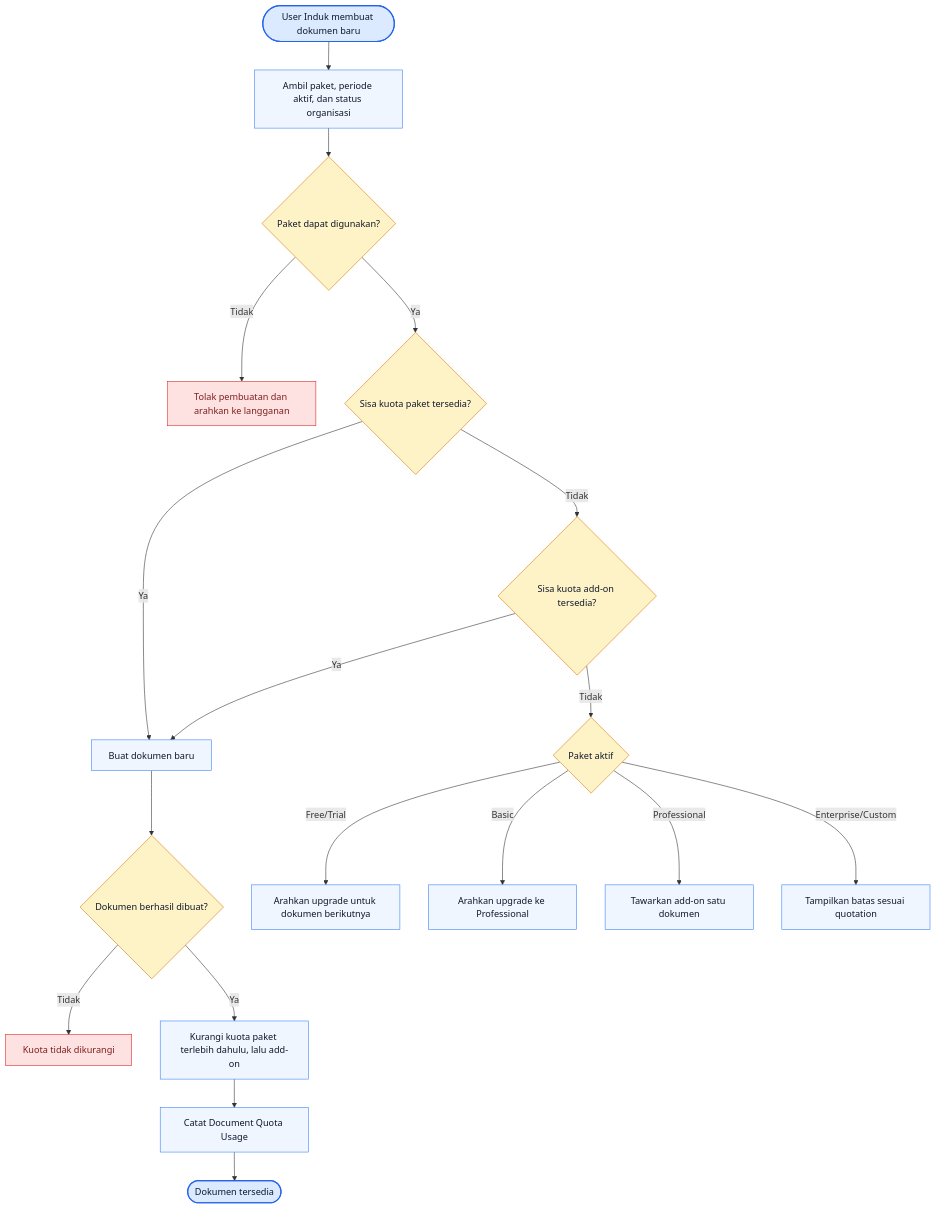
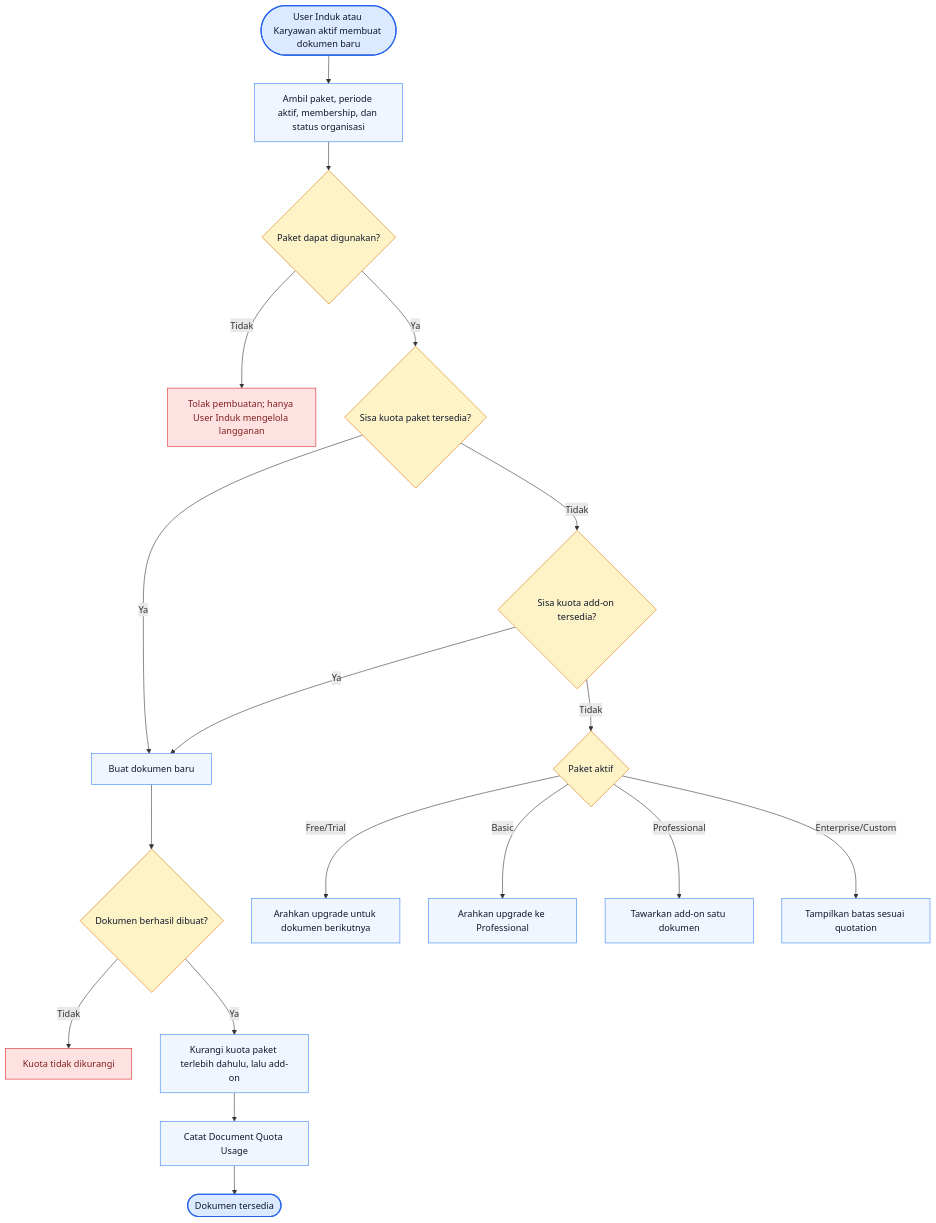
Before and after one commit to dayatmuc/tp-docs-documentation: the fourth of 15 diagrams in 02-With-Consultant/03-Business-Flow/06-Subscription-Billing.md, drawn with Mermaid. The commit also changed other lines of this file and 35 other files, not shown here.

First line of the commit message:
feat(docs): selaraskan hak Karyawan mengelola Local File pada kedua varian

````diff
--- a/02-With-Consultant/03-Business-Flow/06-Subscription-Billing.md
+++ b/02-With-Consultant/03-Business-Flow/06-Subscription-Billing.md
@@ -131,29 +131,29 @@
 ```mermaid
 flowchart TD
-    QUOTA_START([User Induk membuat dokumen baru]) --> QUOTA_STATUS[Ambil paket, periode aktif, dan status organisasi]
+    QUOTA_START([User Induk atau Karyawan aktif membuat dokumen baru]) --> QUOTA_STATUS[Ambil paket, periode aktif, membership, dan status organisasi]
     QUOTA_STATUS --> QUOTA_ACTIVE{"Paket dapat digunakan?"}
-    QUOTA_ACTIVE -- "Tidak" --> QUOTA_BLOCK[Tolak pembuatan dan arahkan ke langganan]
+    QUOTA_ACTIVE -- "Tidak" --> QUOTA_BLOCK[Tolak pembuatan; hanya User Induk mengelola langganan]
     QUOTA_ACTIVE -- "Ya" --> QUOTA_PACKAGE{"Sisa kuota paket tersedia?"}
     QUOTA_PACKAGE -- "Ya" --> QUOTA_CREATE[Buat dokumen baru]
     QUOTA_PACKAGE -- "Tidak" --> QUOTA_ADDON{"Sisa kuota add-on tersedia?"}
     QUOTA_ADDON -- "Ya" --> QUOTA_CREATE
     QUOTA_ADDON -- "Tidak" --> QUOTA_PLAN{"Paket aktif"}
     QUOTA_PLAN -- "Free/Trial" --> QUOTA_UPGRADE[Arahkan upgrade untuk dokumen berikutnya]
     QUOTA_PLAN -- "Basic" --> QUOTA_PRO[Arahkan upgrade ke Professional]
     QUOTA_PLAN -- "Professional" --> QUOTA_BUY[Tawarkan add-on satu dokumen]
     QUOTA_PLAN -- "Enterprise/Custom" --> QUOTA_CONTRACT[Tampilkan batas sesuai quotation]
     QUOTA_CREATE --> QUOTA_SUCCESS{"Dokumen berhasil dibuat?"}
     QUOTA_SUCCESS -- "Tidak" --> QUOTA_KEEP[Kuota tidak dikurangi]
     QUOTA_SUCCESS -- "Ya" --> QUOTA_DEDUCT[Kurangi kuota paket terlebih dahulu, lalu add-on]
     QUOTA_DEDUCT --> QUOTA_USAGE[Catat Document Quota Usage]
     QUOTA_USAGE --> QUOTA_END([Dokumen tersedia])
 
     classDef startend fill:#dbeafe,stroke:#2563eb,color:#0f172a,stroke-width:2px;
     classDef process fill:#eff6ff,stroke:#3b82f6,color:#0f172a;
     classDef decision fill:#fef3c7,stroke:#d97706,color:#0f172a;
     classDef exception fill:#fee2e2,stroke:#dc2626,color:#7f1d1d;
     class QUOTA_START,QUOTA_END startend;
     class QUOTA_STATUS,QUOTA_CREATE,QUOTA_UPGRADE,QUOTA_PRO,QUOTA_BUY,QUOTA_CONTRACT,QUOTA_DEDUCT,QUOTA_USAGE process;
     class QUOTA_ACTIVE,QUOTA_PACKAGE,QUOTA_ADDON,QUOTA_PLAN,QUOTA_SUCCESS decision;
     class QUOTA_BLOCK,QUOTA_KEEP exception;
 ```
````
